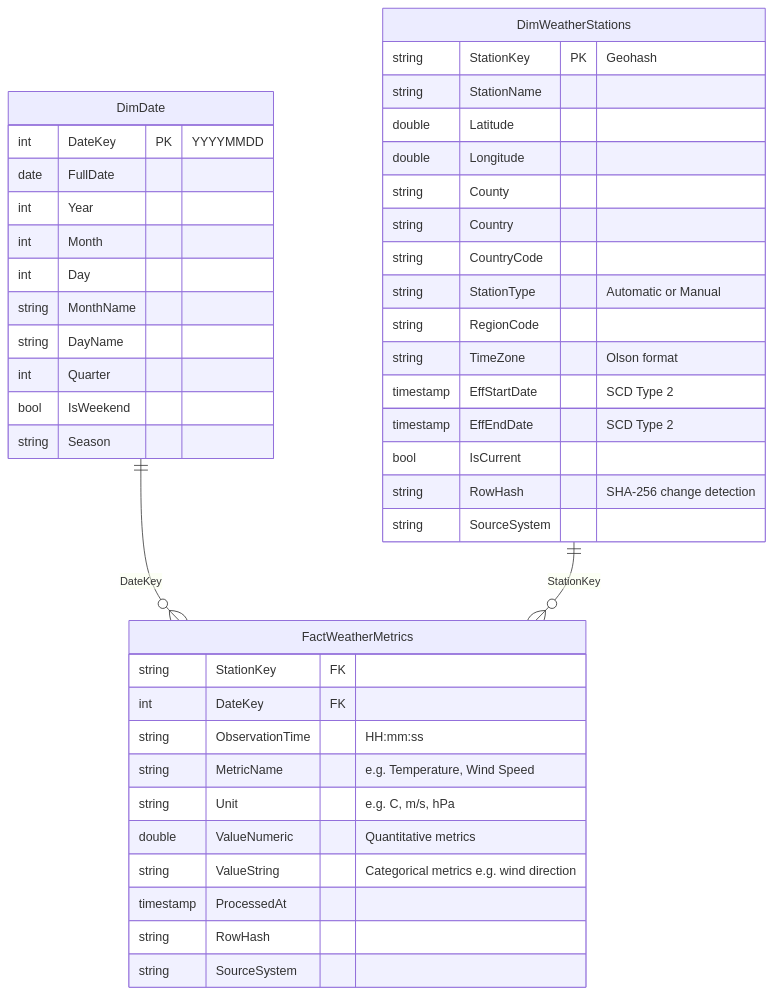
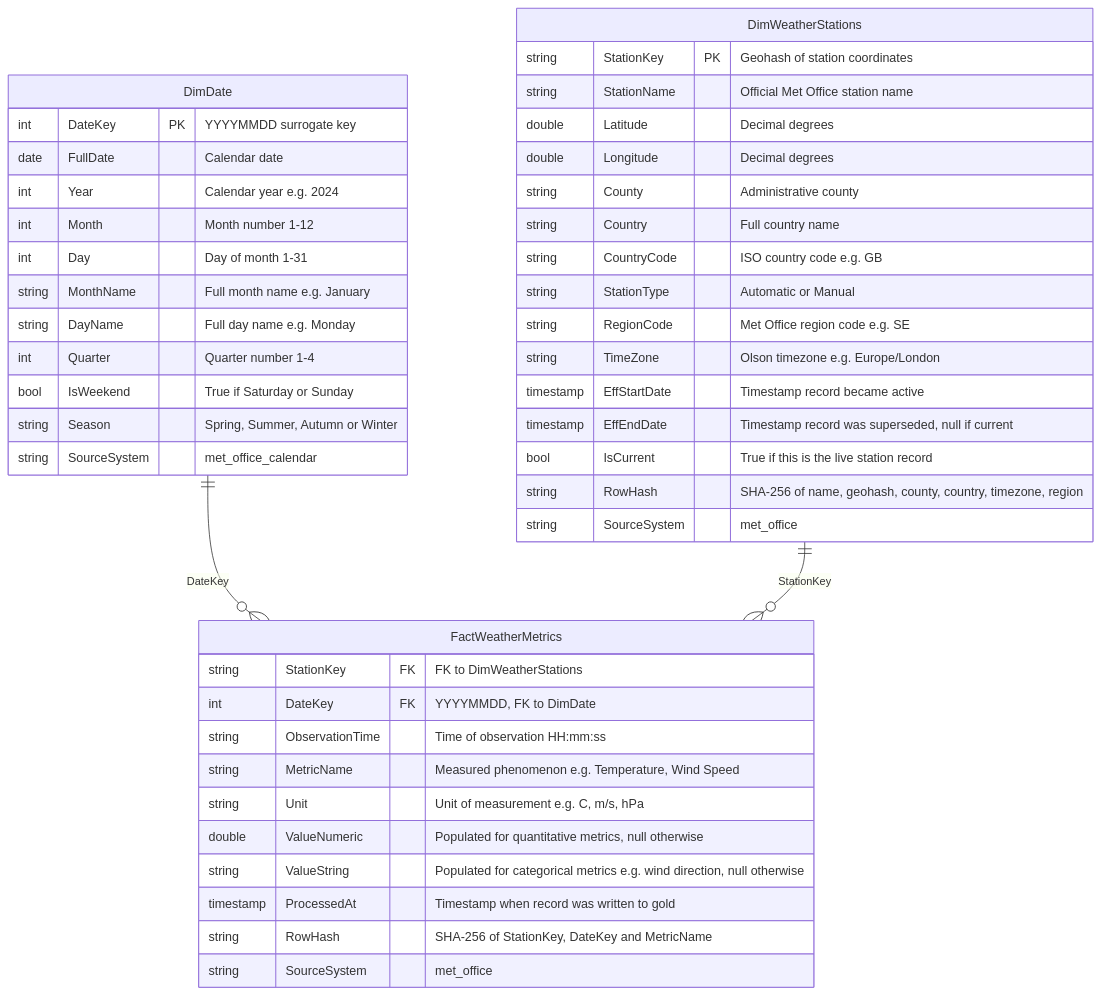
One commit to Baskin-Ridley/MetOffice-Pipeline-to-Medallion-Warehouse changed the diagram in README.md. Above: the diagram before and after it, drawn with Mermaid.

Commit message:
add definitions

````diff
--- a/README.md
+++ b/README.md
@@ -75,49 +75,50 @@
 ```mermaid
 erDiagram
     DimDate {
-        int     DateKey         PK  "YYYYMMDD"
-        date    FullDate
-        int     Year
-        int     Month
-        int     Day
-        string  MonthName
-        string  DayName
-        int     Quarter
-        bool    IsWeekend
-        string  Season
+        int     DateKey         PK  "YYYYMMDD surrogate key"
+        date    FullDate            "Calendar date"
+        int     Year                "Calendar year e.g. 2024"
+        int     Month               "Month number 1-12"
+        int     Day                 "Day of month 1-31"
+        string  MonthName           "Full month name e.g. January"
+        string  DayName             "Full day name e.g. Monday"
+        int     Quarter             "Quarter number 1-4"
+        bool    IsWeekend           "True if Saturday or Sunday"
+        string  Season              "Spring, Summer, Autumn or Winter"
+        string  SourceSystem        "met_office_calendar"
     }
 
     DimWeatherStations {
-        string      StationKey      PK  "Geohash"
-        string      StationName
-        double      Latitude
-        double      Longitude
-        string      County
-        string      Country
-        string      CountryCode
+        string      StationKey      PK  "Geohash of station coordinates"
+        string      StationName         "Official Met Office station name"
+        double      Latitude            "Decimal degrees"
+        double      Longitude           "Decimal degrees"
+        string      County              "Administrative county"
+        string      Country             "Full country name"
+        string      CountryCode         "ISO country code e.g. GB"
         string      StationType         "Automatic or Manual"
-        string      RegionCode
-        string      TimeZone            "Olson format"
-        timestamp   EffStartDate        "SCD Type 2"
-        timestamp   EffEndDate          "SCD Type 2"
-        bool        IsCurrent
-        string      RowHash             "SHA-256 change detection"
-        string      SourceSystem
+        string      RegionCode          "Met Office region code e.g. SE"
+        string      TimeZone            "Olson timezone e.g. Europe/London"
+        timestamp   EffStartDate        "Timestamp record became active"
+        timestamp   EffEndDate          "Timestamp record was superseded, null if current"
+        bool        IsCurrent           "True if this is the live station record"
+        string      RowHash             "SHA-256 of name, geohash, county, country, timezone, region"
+        string      SourceSystem        "met_office"
     }
 
     FactWeatherMetrics {
-        string      StationKey      FK
-        int         DateKey         FK
-        string      ObservationTime     "HH:mm:ss"
-        string      MetricName          "e.g. Temperature, Wind Speed"
-        string      Unit                "e.g. C, m/s, hPa"
-        double      ValueNumeric        "Quantitative metrics"
-        string      ValueString         "Categorical metrics e.g. wind direction"
-        timestamp   ProcessedAt
-        string      RowHash
-        string      SourceSystem
+        string      StationKey      FK  "FK to DimWeatherStations"
+        int         DateKey         FK  "YYYYMMDD, FK to DimDate"
+        string      ObservationTime     "Time of observation HH:mm:ss"
+        string      MetricName          "Measured phenomenon e.g. Temperature, Wind Speed"
+        string      Unit                "Unit of measurement e.g. C, m/s, hPa"
+        double      ValueNumeric        "Populated for quantitative metrics, null otherwise"
+        string      ValueString         "Populated for categorical metrics e.g. wind direction, null otherwise"
+        timestamp   ProcessedAt         "Timestamp when record was written to gold"
+        string      RowHash             "SHA-256 of StationKey, DateKey and MetricName"
+        string      SourceSystem        "met_office"
     }
 
     DimDate            ||--o{ FactWeatherMetrics : "DateKey"
     DimWeatherStations ||--o{ FactWeatherMetrics : "StationKey"
 ```
````
